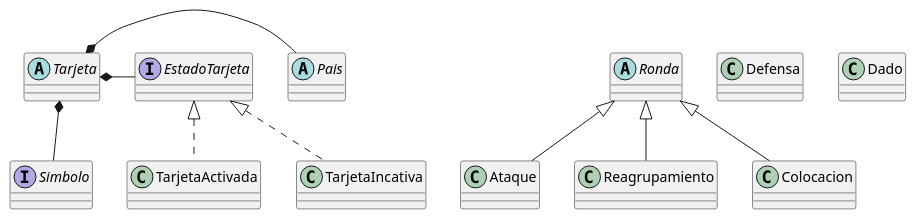
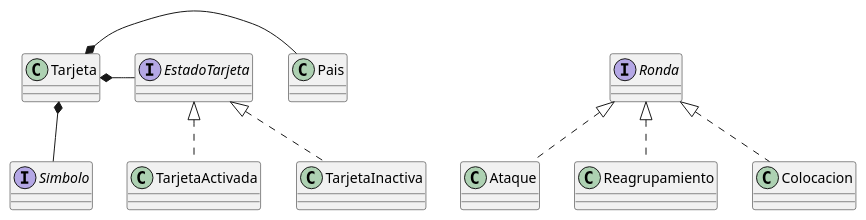
The diagram in diagrams/fase_de_juego.wsd (NazaQuintero/algo3_tp2), drawn with PlantUML before and after one commit. The commit also changed 2 other files, not shown here.

```diff
--- a/diagrams/fase_de_juego.wsd
+++ b/diagrams/fase_de_juego.wsd
@@ -1,38 +1,36 @@
 @startuml
 
-abstract Pais {}
-abstract Ronda {}
+class Pais {}
+
+interface Ronda {}
 
 class Ataque {}
 
 class Reagrupamiento {}
 
 class Colocacion {}
 
-Ronda <|-- Ataque
-Ronda <|-- Reagrupamiento
-Ronda <|-- Colocacion
+Ronda <|.. Ataque
+Ronda <|.. Reagrupamiento
+Ronda <|.. Colocacion
 
-class Defensa {}
-class Dado {}
-
-abstract Tarjeta {}
+class Tarjeta {}
 
 interface EstadoTarjeta {}
 
 interface Simbolo {}
 
 Tarjeta *-- Simbolo
 
 Tarjeta *- Pais
 
 Tarjeta *- EstadoTarjeta
 
 class TarjetaActivada {}
-class TarjetaIncativa {}
+class TarjetaInactiva {}
 
 EstadoTarjeta <|.. TarjetaActivada
-EstadoTarjeta <|.. TarjetaIncativa
+EstadoTarjeta <|.. TarjetaInactiva
 
 
 @enduml
```
